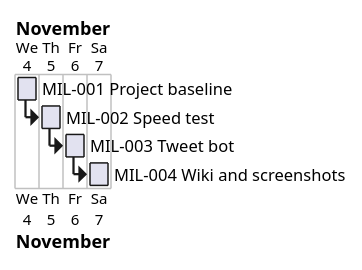
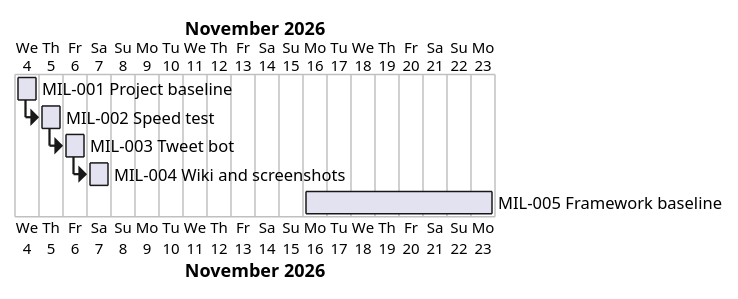
One commit to Tirsvad-Udemy-100-days-of-code/051-speed-isp changed the diagram in docs/project-plan.md. Above: the diagram before and after it, drawn with PlantUML. The commit also changed other lines of this file and 12 other files, not shown here.

First line of the commit message:
MIL-005: Bring the speed-isp bot to the framework baseline

````diff
--- a/docs/project-plan.md
+++ b/docs/project-plan.md
@@ -41,12 +45,13 @@
 ```plantuml
 @startgantt
 Project starts 2026-11-04
 [MIL-001 Project baseline] starts 2026-11-04 and lasts 1 day
 [MIL-002 Speed test] starts 2026-11-05 and lasts 1 day
 [MIL-003 Tweet bot] starts 2026-11-05 and lasts 1 day
 [MIL-004 Wiki and screenshots] starts 2026-11-06 and lasts 1 day
 [MIL-002 Speed test] starts at [MIL-001 Project baseline]'s end
 [MIL-003 Tweet bot] starts at [MIL-002 Speed test]'s end
 [MIL-004 Wiki and screenshots] starts at [MIL-003 Tweet bot]'s end
+[MIL-005 Framework baseline] starts 2026-11-16 and ends 2026-11-23
 @endgantt
 ```
````
